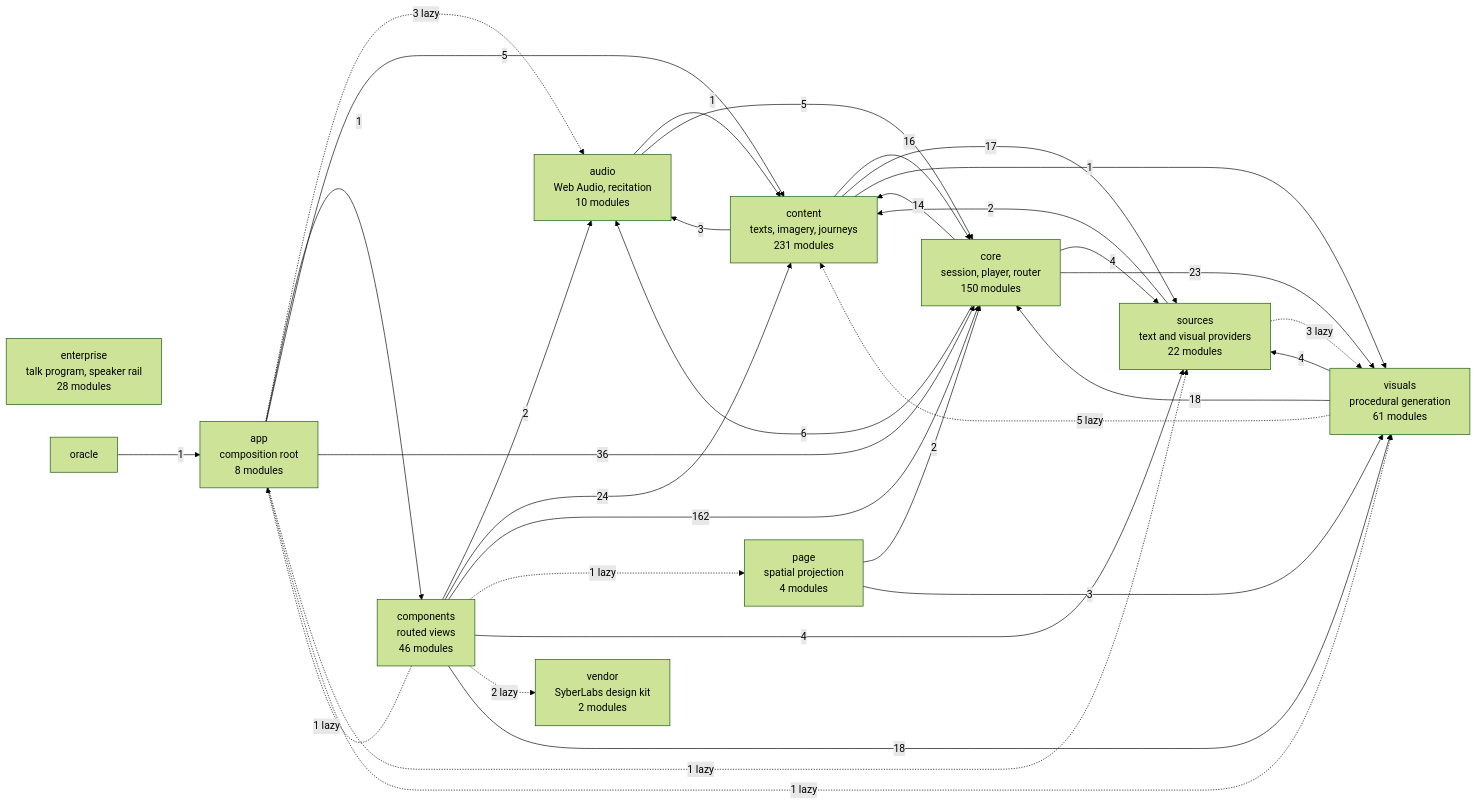
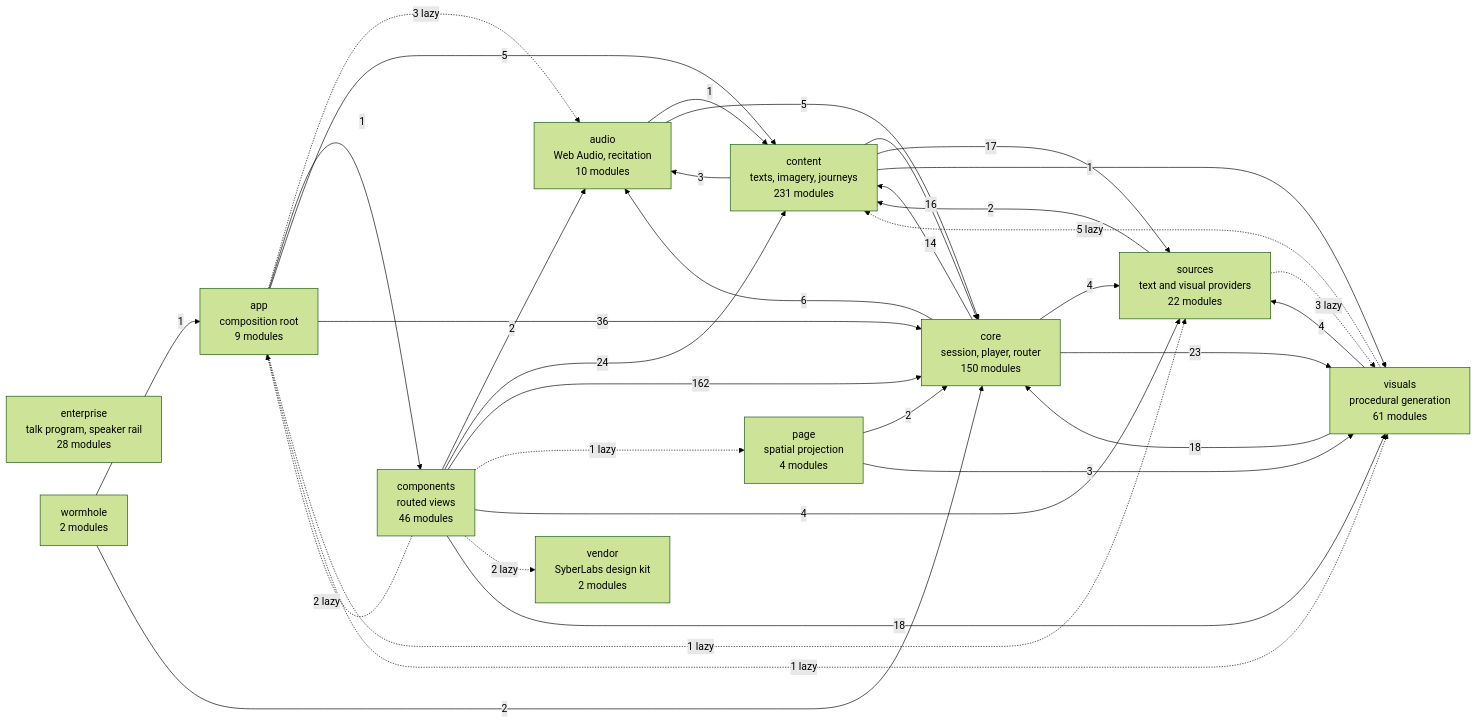
Before and after one commit to SyberLabs/RISE: the diagram in docs/specs/ARCHITECTURE.md, drawn with Mermaid (forest theme).

Commit message:
The diagram counts the wormhole as its own subsystem

````diff
--- a/docs/specs/ARCHITECTURE.md
+++ b/docs/specs/ARCHITECTURE.md
@@ -160,46 +160,48 @@
 ```mermaid
 flowchart LR
-    app["app<br/>composition root<br/>8 modules"]
+    app["app<br/>composition root<br/>9 modules"]
     audio["audio<br/>Web Audio, recitation<br/>10 modules"]
     components["components<br/>routed views<br/>46 modules"]
     content["content<br/>texts, imagery, journeys<br/>231 modules"]
     core["core<br/>session, player, router<br/>150 modules"]
     enterprise["enterprise<br/>talk program, speaker rail<br/>28 modules"]
     page["page<br/>spatial projection<br/>4 modules"]
     sources["sources<br/>text and visual providers<br/>22 modules"]
     vendor["vendor<br/>SyberLabs design kit<br/>2 modules"]
     visuals["visuals<br/>procedural generation<br/>61 modules"]
+    wormhole["wormhole<br/>2 modules"]
 
     app -.-> |3 lazy| audio
     app --> |1| components
     app --> |5| content
     app --> |36| core
     app -.-> |1 lazy| sources
     app -.-> |1 lazy| visuals
     audio --> |1| content
     audio --> |5| core
-    components -.-> |1 lazy| app
+    components -.-> |2 lazy| app
     components --> |2| audio
     components --> |24| content
     components --> |162| core
     components -.-> |1 lazy| page
     components --> |4| sources
     components -.-> |2 lazy| vendor
     components --> |18| visuals
     content --> |3| audio
     content --> |16| core
     content --> |17| sources
     content --> |1| visuals
     core --> |6| audio
     core --> |14| content
     core --> |4| sources
     core --> |23| visuals
-    oracle --> |1| app
     page --> |2| core
     page --> |3| visuals
     sources --> |2| content
     sources -.-> |3 lazy| visuals
     visuals -.-> |5 lazy| content
     visuals --> |18| core
     visuals --> |4| sources
+    wormhole --> |1| app
+    wormhole --> |2| core
 ```
````
